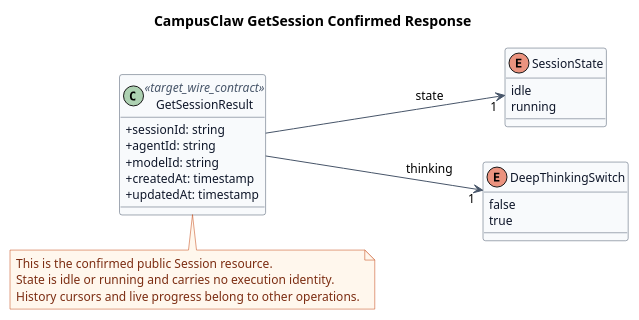
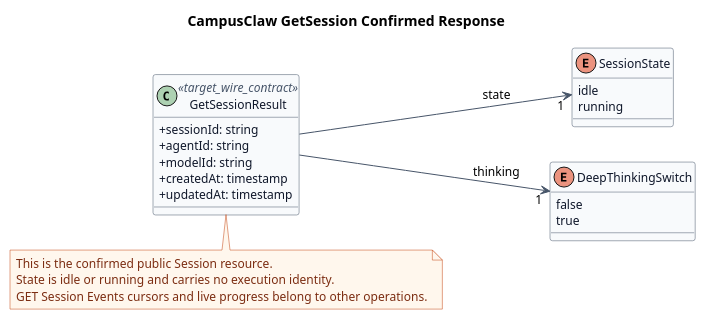
The ninth of 14 diagrams in pi-mono-java-manager-driven-multi-agent-runtime/diagram.puml (ssm0808/pi-mono-java-design), drawn with PlantUML before and after one commit. The commit also changed other lines of this file and 61 other files, not shown here.

```diff
--- a/pi-mono-java-manager-driven-multi-agent-runtime/diagram.puml
+++ b/pi-mono-java-manager-driven-multi-agent-runtime/diagram.puml
@@ -648,70 +648,70 @@
 @startuml http_get_session_response
 title CampusClaw GetSession Confirmed Response
 
 ' Source evidence (pi-mono 086c32e74530564922d011ade23ff582c9d63116):
 ' packages/protocol/src/schemas.ts, ThinkingLevelSchema, lines 26-35
 ' packages/protocol/src/schemas.ts, SessionPhaseSchema, lines 38-45
 ' packages/protocol/src/schemas.ts, SessionSnapshotSchema, lines 241-258
 ' Source evidence (anthropic-sdk-typescript 64a1e8e285bbcc4cef2b15ebcadccd8e5f6987ff):
 ' src/resources/beta/sessions/sessions.ts, Session, lines 638-710
 ' Source evidence (CampusClaw design repository):
 ' pi-mono-java-manager-driven-multi-agent-runtime/chat-http-v1-design.md,
 ' ThinkingLevel schema near baseline line 1602
 ' Observed behavior: pi exposes phase, reasoning effort, transcript, attached, and locked
 ' in its protocol snapshot.
 ' Observed behavior: Anthropic exposes a control-plane Session resource without transcript
 ' or an active Run recovery snapshot.
 ' Product constraint: CampusClaw exposes a boolean deep-thinking switch instead of effort levels.
 ' Architecture change: the confirmed response removes the former public active Run pointer.
-' Design reason: Session state is the coarse control-plane signal; Entry History and the
+' Design reason: Session state is the coarse control-plane signal; GET Session Events and the
 ' initiating POST stream own durable recovery and live execution detail.
 ' Target-only design: these wire-contract types are not existing pi-mono-java classes.
 
 left to right direction
 skinparam backgroundColor #FFFFFF
 skinparam shadowing false
 skinparam defaultFontName Arial
 skinparam defaultFontSize 12
 skinparam classAttributeIconSize 0
 skinparam class {
   BackgroundColor #F8FAFC
   BorderColor #475569
   ArrowColor #475569
   FontColor #0F172A
   AttributeFontColor #0F172A
   StereotypeFontColor #475569
 }
 skinparam note {
   BackgroundColor #FFF7ED
   BorderColor #C2410C
   FontColor #7C2D12
 }
 skinparam ArrowColor #475569
 
 class GetSessionResult <<target_wire_contract>> {
   +sessionId: string
   +agentId: string
   +modelId: string
   +createdAt: timestamp
   +updatedAt: timestamp
 }
 
 enum SessionState {
   idle
   running
 }
 
 enum DeepThinkingSwitch {
   false
   true
 }
 
 GetSessionResult --> "1" SessionState : state
 GetSessionResult --> "1" DeepThinkingSwitch : thinking
 
 note bottom of GetSessionResult
 This is the confirmed public Session resource.
 State is idle or running and carries no execution identity.
-History cursors and live progress belong to other operations.
+GET Session Events cursors and live progress belong to other operations.
 end note
 @enduml
```
